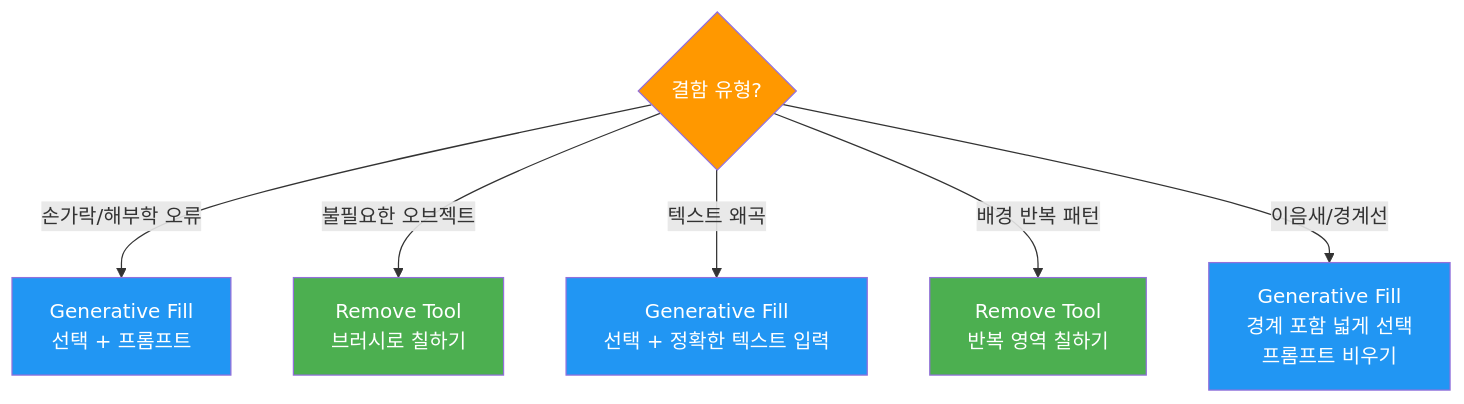
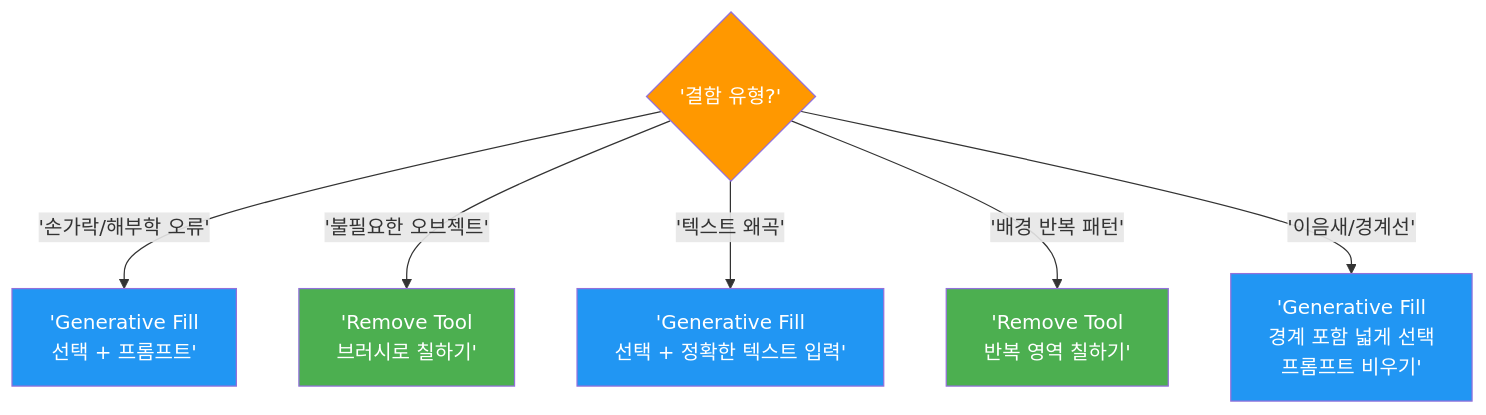
The third of 3 diagrams in 09-ch9-adobe-photoshop-firefly-리터치-워크플로우/04-04-ai-생성-이미지-결함-보정-기법.md (jsonpassion/forge-tutorial-promptcanvas), drawn with Mermaid before and after one commit. The commit also changed other lines of this file and 63 other files, not shown here.

````diff
--- a/09-ch9-adobe-photoshop-firefly-리터치-워크플로우/04-04-ai-생성-이미지-결함-보정-기법.md
+++ b/09-ch9-adobe-photoshop-firefly-리터치-워크플로우/04-04-ai-생성-이미지-결함-보정-기법.md
@@ -103,15 +71,15 @@
 ```mermaid
 flowchart TD
-    Q{"결함 유형?"} --> |"손가락/해부학 오류"| GF1["Generative Fill<br/>선택 + 프롬프트"]
-    Q --> |"불필요한 오브젝트"| RT["Remove Tool<br/>브러시로 칠하기"]
-    Q --> |"텍스트 왜곡"| GF2["Generative Fill<br/>선택 + 정확한 텍스트 입력"]
-    Q --> |"배경 반복 패턴"| RT2["Remove Tool<br/>반복 영역 칠하기"]
-    Q --> |"이음새/경계선"| GF3["Generative Fill<br/>경계 포함 넓게 선택<br/>프롬프트 비우기"]
+    Q{'결함 유형?'} --> |'손가락/해부학 오류'| GF1['Generative Fill<br/>선택 + 프롬프트']
+    Q --> |'불필요한 오브젝트'| RT['Remove Tool<br/>브러시로 칠하기']
+    Q --> |'텍스트 왜곡'| GF2['Generative Fill<br/>선택 + 정확한 텍스트 입력']
+    Q --> |'배경 반복 패턴'| RT2['Remove Tool<br/>반복 영역 칠하기']
+    Q --> |'이음새/경계선'| GF3['Generative Fill<br/>경계 포함 넓게 선택<br/>프롬프트 비우기']
 
     style Q fill:#FF9800,color:#fff
     style GF1 fill:#2196F3,color:#fff
     style GF2 fill:#2196F3,color:#fff
     style GF3 fill:#2196F3,color:#fff
     style RT fill:#4CAF50,color:#fff
     style RT2 fill:#4CAF50,color:#fff
 ```
````
